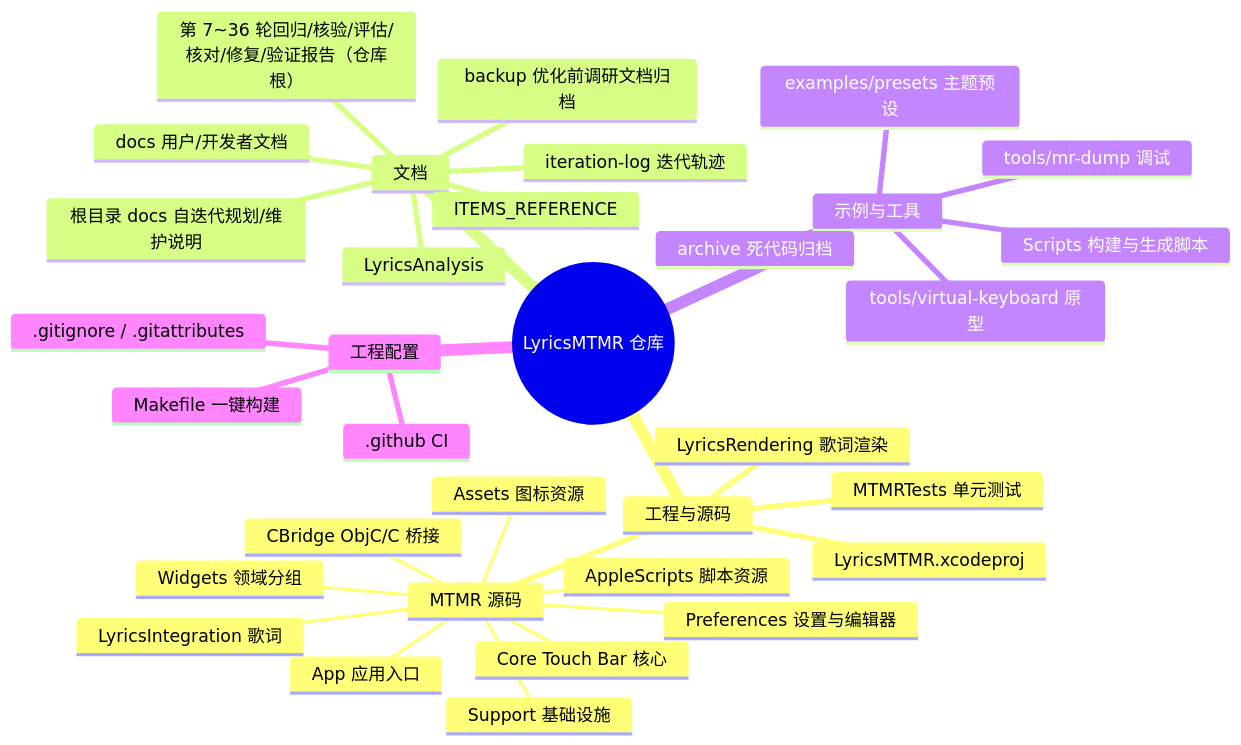
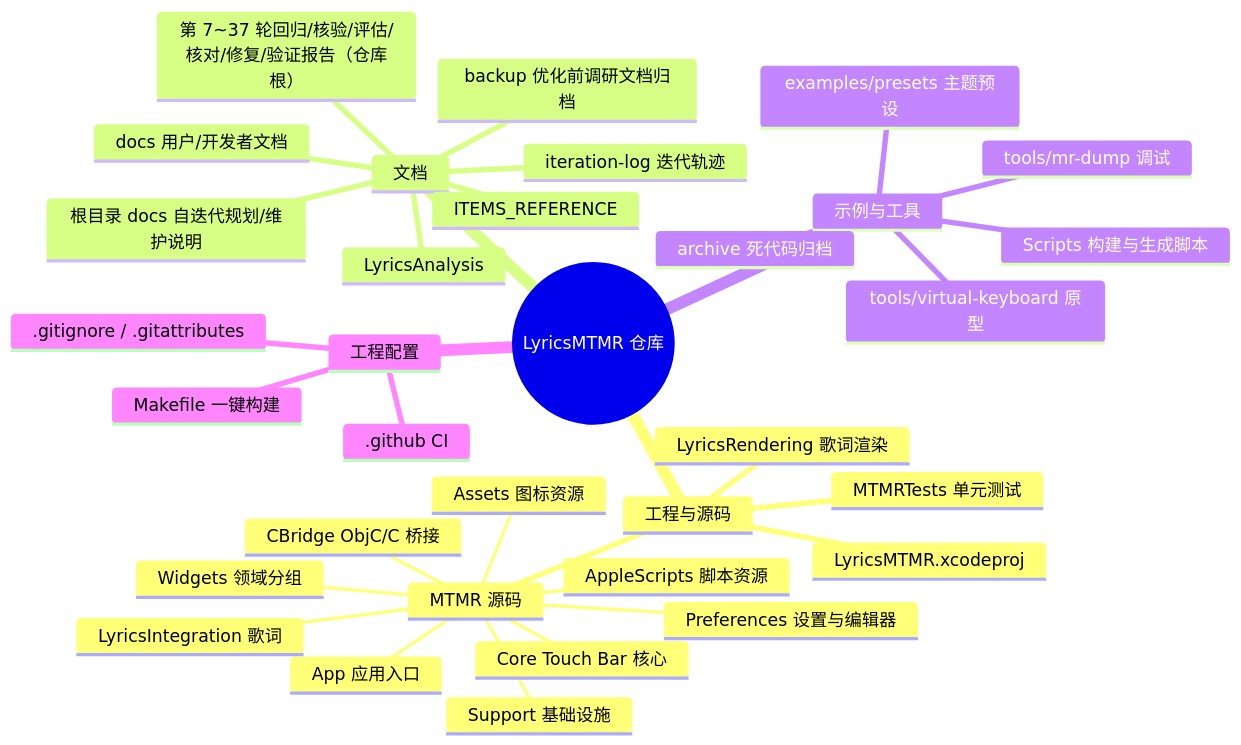
One commit to Tangzishun-Li/LyricsMTMR changed the first of 2 diagrams in LyricsMTMR/docs/file-structure.zh.md. Above: the diagram before and after it, drawn with Mermaid. The commit also changed other lines of this file and 3 other files, not shown here.

Commit message:
docs(round37): 第37轮B卡 — README 更新日志补登 v0.37（第 36 轮变更：decode 迁移最终收官 base64Tool 换锚补迁 93/98 迁入注册表 + 锚点巡检连续第八轮 0 ERROR + Info.plist 0.36/461，版本决策建议 0.37/462）+ 12 项现状核对 + anchor-patrol 复跑 PASS 72/WARN 11/INFO 5/ERROR 0 + 核对报告 + iteration-log 记录 + file-structure 登记（mindmap 7~37 轮）

````diff
--- a/LyricsMTMR/docs/file-structure.zh.md
+++ b/LyricsMTMR/docs/file-structure.zh.md
@@ -10,36 +10,36 @@
 ```mermaid
 mindmap
   root((LyricsMTMR 仓库))
     工程与源码
       LyricsMTMR.xcodeproj
       MTMR 源码
         App 应用入口
         Core Touch Bar 核心
         Support 基础设施
         Widgets 领域分组
         Preferences 设置与编辑器
         LyricsIntegration 歌词
         CBridge ObjC/C 桥接
         AppleScripts 脚本资源
         Assets 图标资源
       LyricsRendering 歌词渲染
       MTMRTests 单元测试
     文档
       docs 用户/开发者文档
       ITEMS_REFERENCE
       LyricsAnalysis
       backup 优化前调研文档归档
       iteration-log 迭代轨迹
       根目录 docs 自迭代规划/维护说明
-      第 7~36 轮回归/核验/评估/核对/修复/验证报告（仓库根）
+      第 7~37 轮回归/核验/评估/核对/修复/验证报告（仓库根）
     示例与工具
       examples/presets 主题预设
       tools/mr-dump 调试
       tools/virtual-keyboard 原型
       Scripts 构建与生成脚本
       archive 死代码归档
     工程配置
       .github CI
       .gitignore / .gitattributes
       Makefile 一键构建
 ```
````
